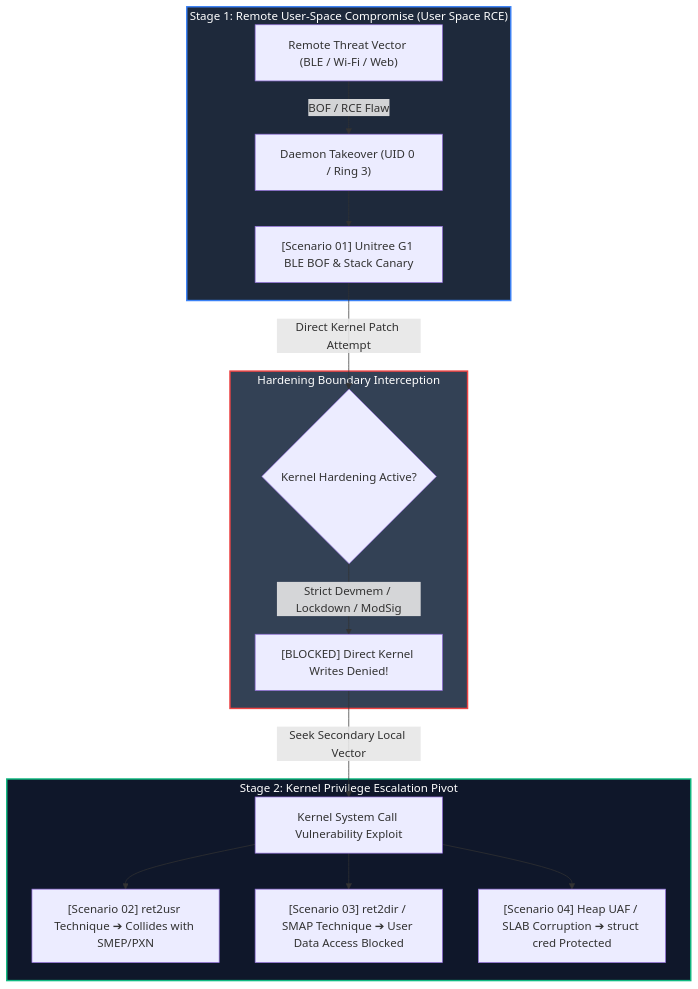
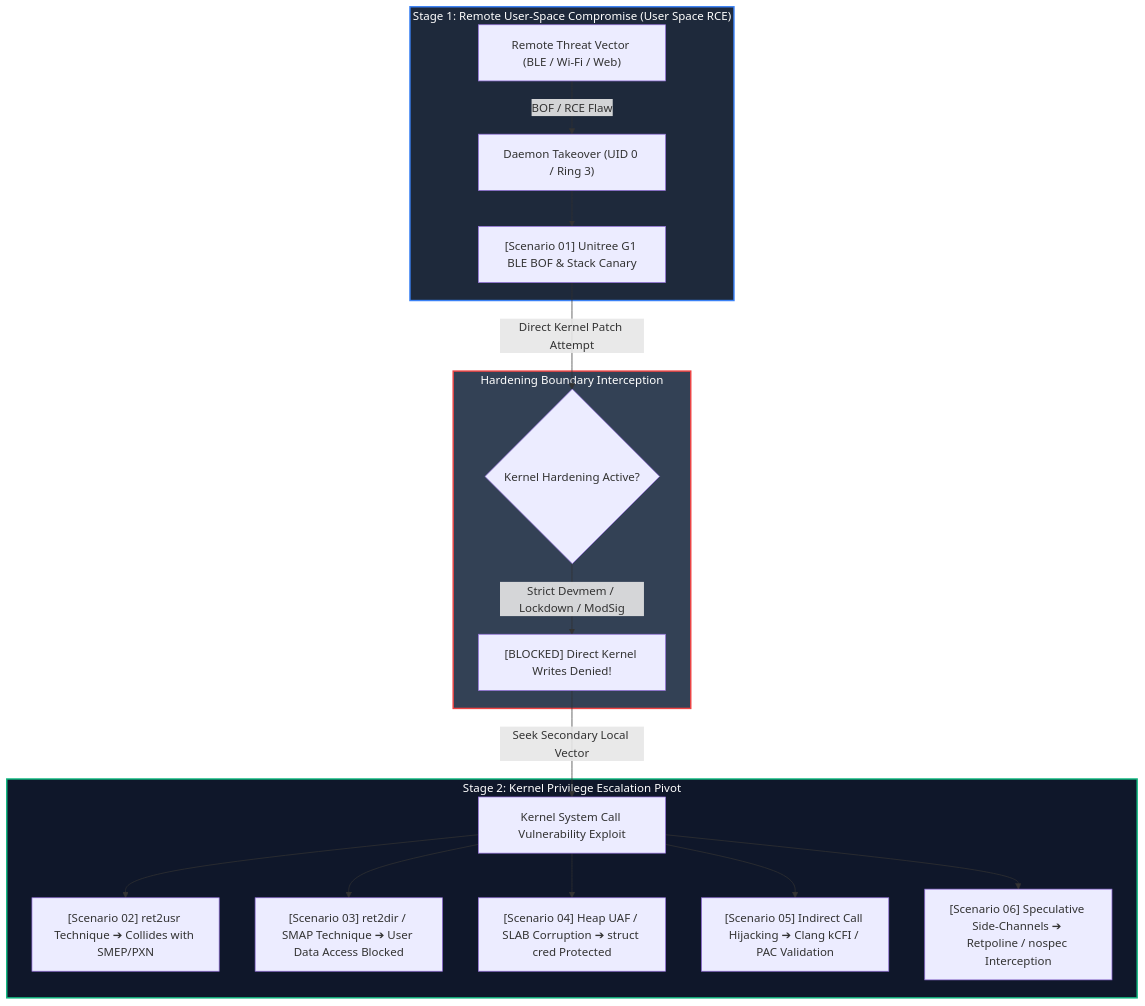
The diagram in docs/en/scenarios/index.md (auking45/linux-kernel-hardening-lab), drawn with Mermaid before and after one commit. The commit also changed other lines of this file and 1 other file, not shown here.

Commit message:
docs(scenarios): update Stage 3 flowchart and descriptions to include Scenario 05 and 06

````diff
--- a/docs/en/scenarios/index.md
+++ b/docs/en/scenarios/index.md
@@ -87,23 +87,25 @@
 ```mermaid
 flowchart TD
     subgraph Stage1 ["Stage 1: Remote User-Space Compromise (User Space RCE)"]
         A["Remote Threat Vector (BLE / Wi-Fi / Web)"] -->|"BOF / RCE Flaw"| B["Daemon Takeover (UID 0 / Ring 3)"]
         B --> C["[Scenario 01] Unitree G1 BLE BOF & Stack Canary"]
     end
 
     subgraph Stage2 ["Hardening Boundary Interception"]
         C -->|"Direct Kernel Patch Attempt"| D{"Kernel Hardening Active?"}
         D -->|"Strict Devmem / Lockdown / ModSig"| E["[BLOCKED] Direct Kernel Writes Denied!"]
     end
 
     subgraph Stage3 ["Stage 2: Kernel Privilege Escalation Pivot"]
         E -->|"Seek Secondary Local Vector"| F["Kernel System Call Vulnerability Exploit"]
         F --> G["[Scenario 02] ret2usr Technique ➔ Collides with SMEP/PXN"]
         F --> H["[Scenario 03] ret2dir / SMAP Technique ➔ User Data Access Blocked"]
         F --> I["[Scenario 04] Heap UAF / SLAB Corruption ➔ struct cred Protected"]
+        F --> J["[Scenario 05] Indirect Call Hijacking ➔ Clang kCFI / PAC Validation"]
+        F --> K["[Scenario 06] Speculative Side-Channels ➔ Retpoline / nospec Interception"]
     end
 
     style Stage1 fill:#1e293b,stroke:#3b82f6,stroke-width:2px,color:#fff
     style Stage2 fill:#334155,stroke:#ef4444,stroke-width:2px,color:#fff
     style Stage3 fill:#0f172a,stroke:#10b981,stroke-width:2px,color:#fff
 ```
````
